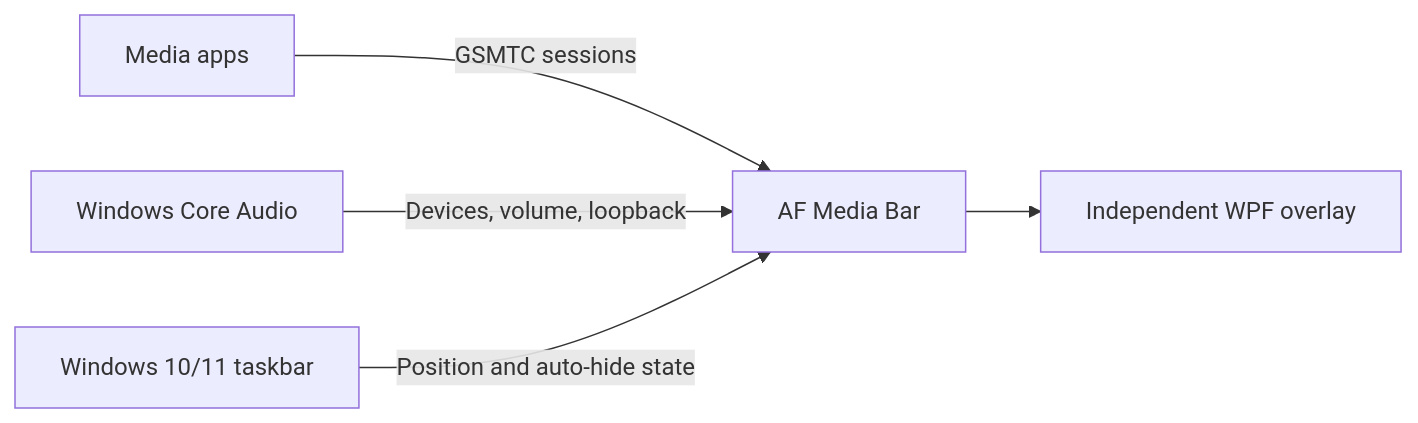
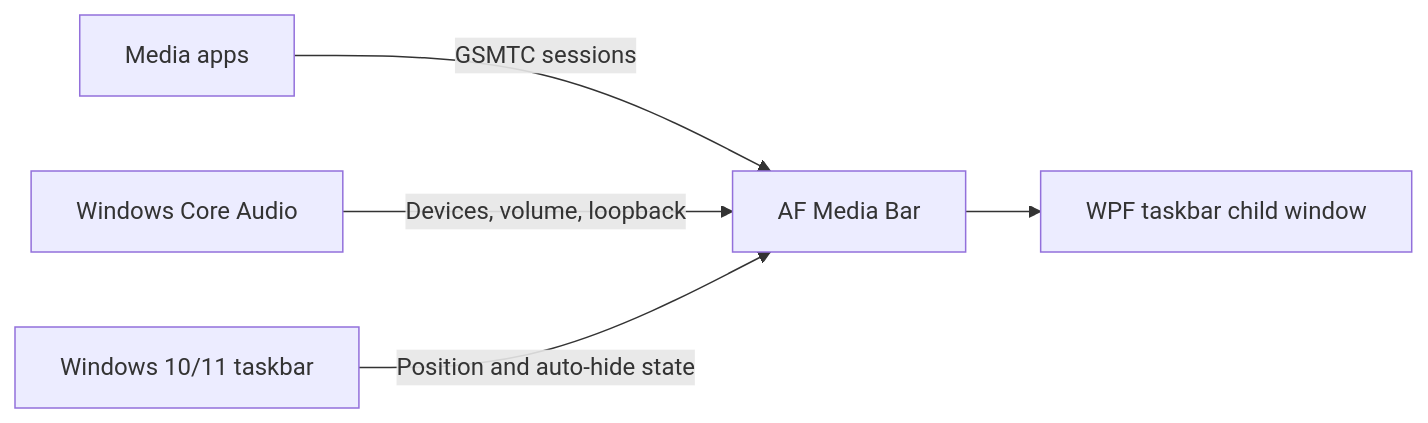
Before and after one commit to Fervent-Tempo/AF-Media-Bar: the diagram in README.en-US.md, drawn with Mermaid. The commit also changed other lines of this file and 10 other files, not shown here.

Commit message:
重构任务栏窗口托管 / Refactor taskbar window hosting

````diff
--- a/README.en-US.md
+++ b/README.en-US.md
@@ -76,7 +76,7 @@
 ```mermaid
 flowchart LR
     A[Media apps] -->|GSMTC sessions| B[AF Media Bar]
     C[Windows Core Audio] -->|Devices, volume, loopback| B
     D[Windows 10/11 taskbar] -->|Position and auto-hide state| B
-    B --> E[Independent WPF overlay]
+    B --> E[WPF taskbar child window]
 ```
````
